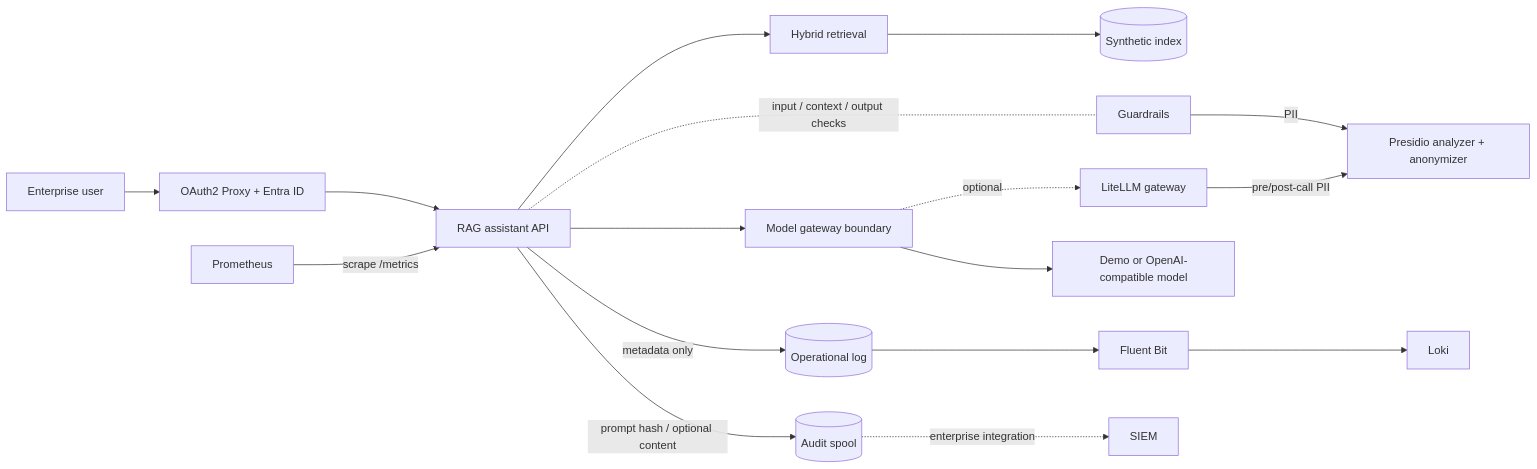
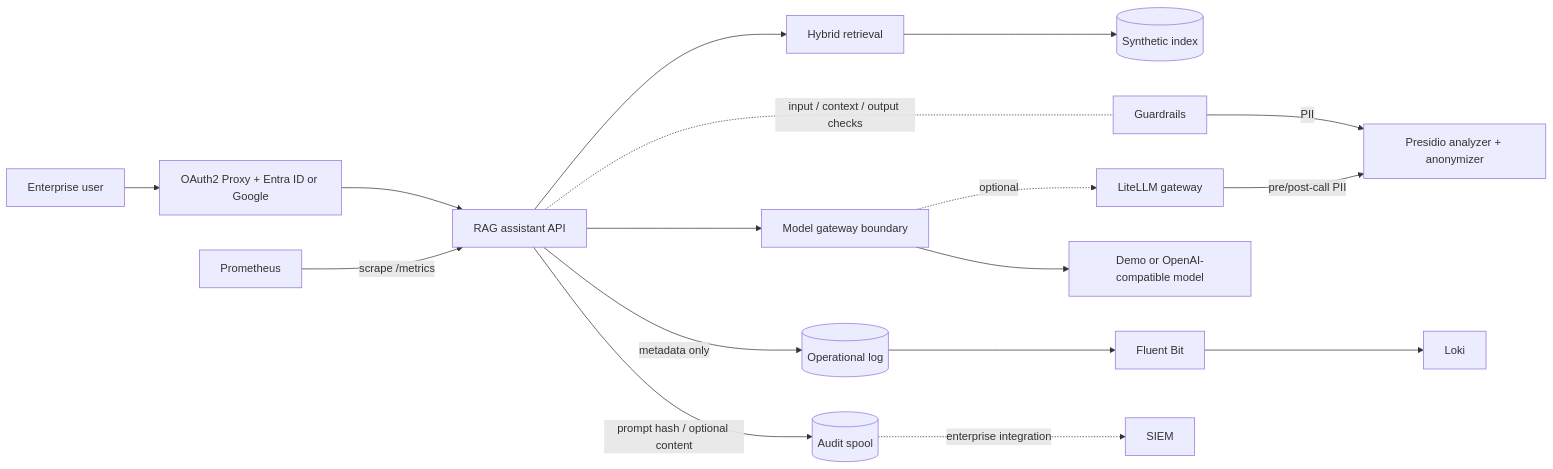
Before and after one commit to GoshaMareev/secure-llm-platform-reference: the diagram in README.md, drawn with Mermaid. The commit also changed other lines of this file and 11 other files, not shown here.

````diff
--- a/README.md
+++ b/README.md
@@ -24,22 +24,22 @@
 ```mermaid
 flowchart LR
-    U[Enterprise user] --> AUTH[OAuth2 Proxy + Entra ID]
+    U[Enterprise user] --> AUTH[OAuth2 Proxy + Entra ID or Google]
     AUTH --> API[RAG assistant API]
     API --> R[Hybrid retrieval]
     R --> IDX[(Synthetic index)]
     API --> G[Model gateway boundary]
     API -. input / context / output checks .- GR[Guardrails]
     GR -- PII --> PR[Presidio analyzer + anonymizer]
     G -. optional .-> LL[LiteLLM gateway]
     LL -- pre/post-call PII --> PR
     G --> M[Demo or OpenAI-compatible model]
 
     API -- metadata only --> OP[(Operational log)]
     OP --> FB[Fluent Bit]
     FB --> L[Loki]
 
     API -- prompt hash / optional content --> AU[(Audit spool)]
     AU -. enterprise integration .-> SIEM[SIEM]
 
     P[Prometheus] -->|scrape /metrics| API
 ```
````
